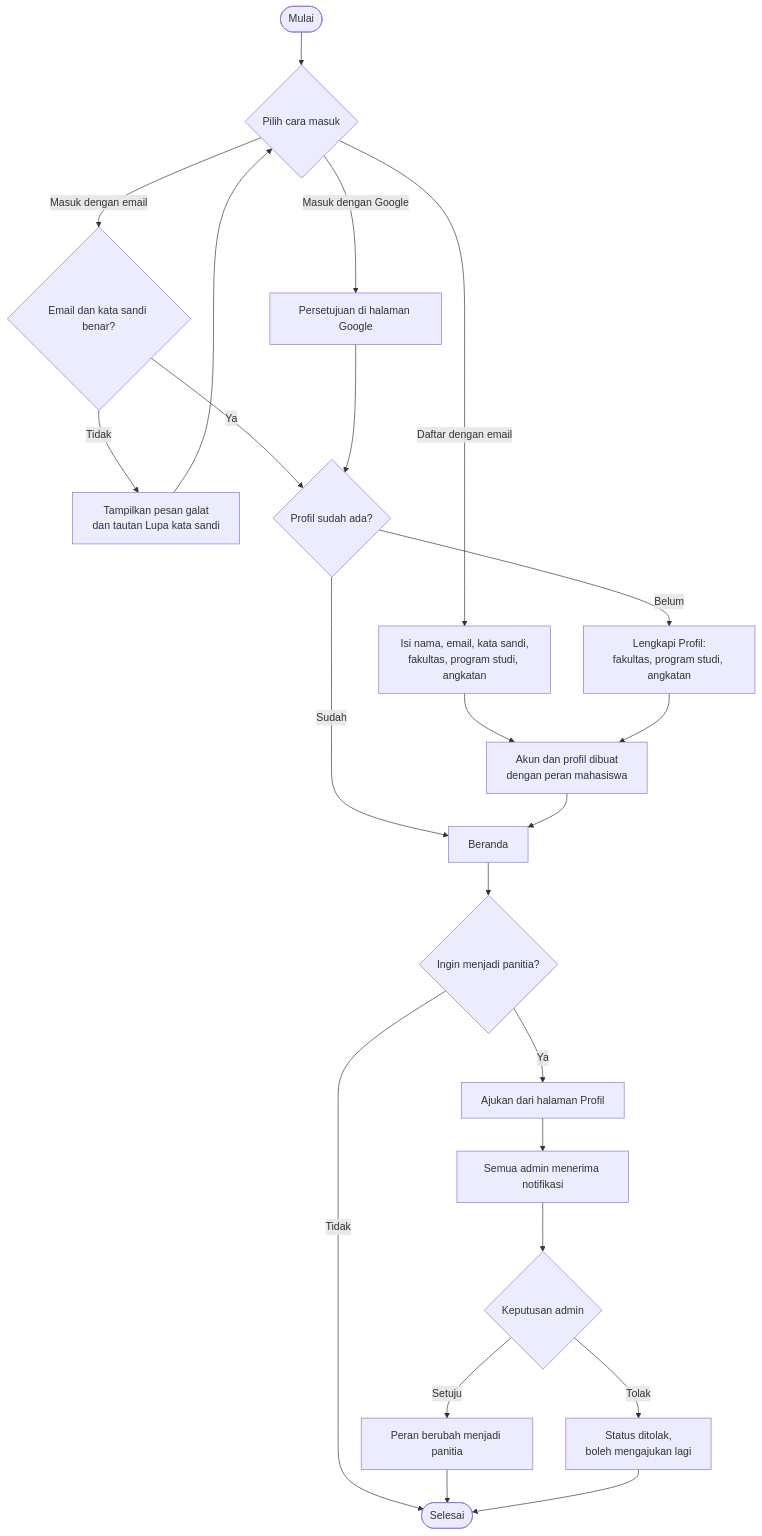
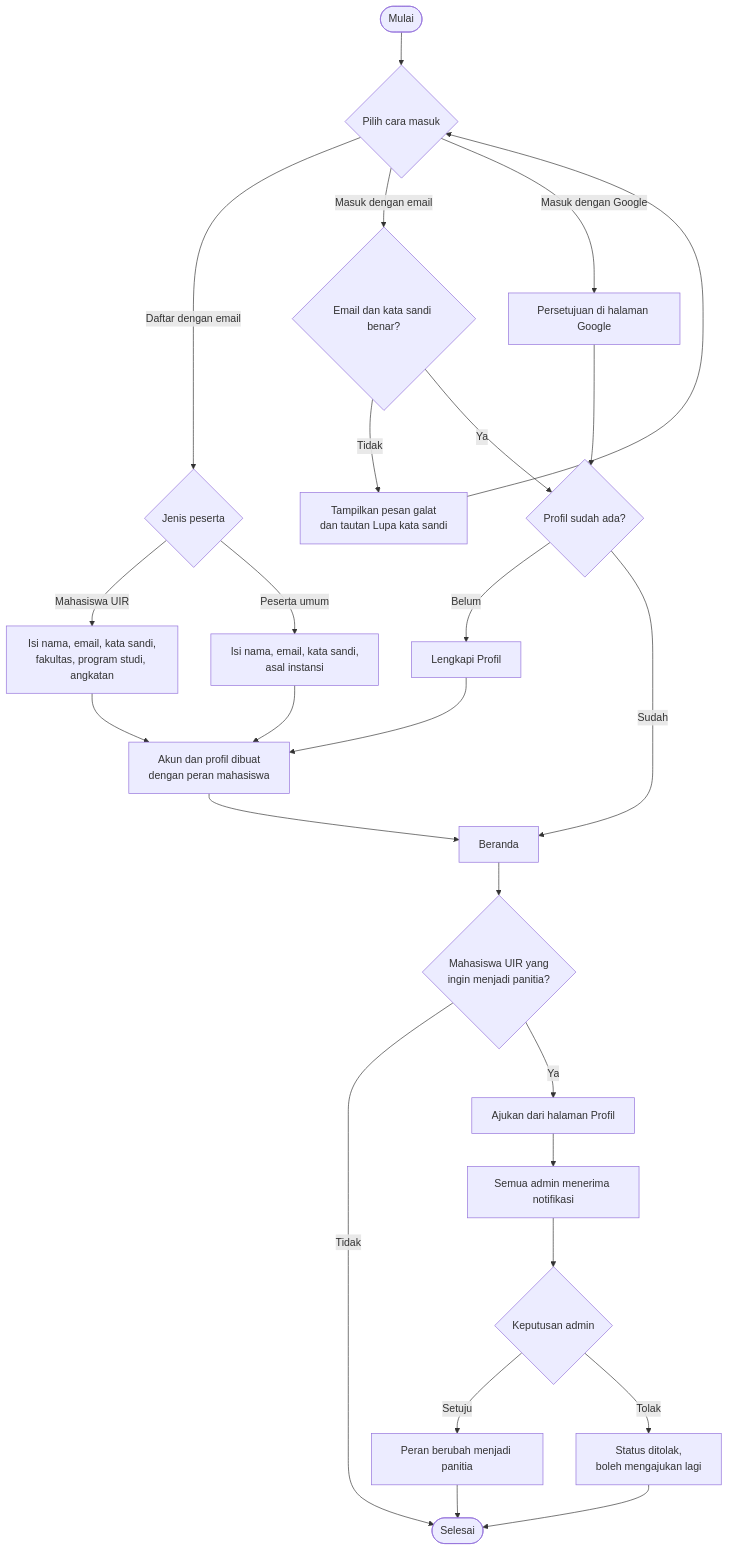
The fourth of 9 diagrams in docs/arsitektur.md (RifqiPermanaPutra/KampusHub), drawn with Mermaid before and after one commit. The commit also changed other lines of this file and 85 other files, not shown here.

````diff
--- a/docs/arsitektur.md
+++ b/docs/arsitektur.md
@@ -263,25 +353,28 @@
 ```mermaid
 flowchart TD
     A([Mulai]) --> B{"Pilih cara masuk"}
-    B -->|"Daftar dengan email"| C["Isi nama, email, kata sandi,<br/>fakultas, program studi, angkatan"]
-    C --> D["Akun dan profil dibuat<br/>dengan peran mahasiswa"]
+    B -->|"Daftar dengan email"| C{"Jenis peserta"}
+    C -->|"Mahasiswa UIR"| C1["Isi nama, email, kata sandi,<br/>fakultas, program studi, angkatan"]
+    C -->|"Peserta umum"| C2["Isi nama, email, kata sandi,<br/>asal instansi"]
+    C1 --> D["Akun dan profil dibuat<br/>dengan peran mahasiswa"]
+    C2 --> D
     B -->|"Masuk dengan email"| E{"Email dan kata sandi benar?"}
     E -->|"Tidak"| F["Tampilkan pesan galat<br/>dan tautan Lupa kata sandi"]
     F --> B
     E -->|"Ya"| G{"Profil sudah ada?"}
     B -->|"Masuk dengan Google"| H["Persetujuan di halaman Google"]
     H --> G
-    G -->|"Belum"| I["Lengkapi Profil:<br/>fakultas, program studi, angkatan"]
+    G -->|"Belum"| I["Lengkapi Profil"]
     I --> D
     G -->|"Sudah"| J["Beranda"]
     D --> J
-    J --> K{"Ingin menjadi panitia?"}
+    J --> K{"Mahasiswa UIR yang<br/>ingin menjadi panitia?"}
     K -->|"Tidak"| Z([Selesai])
     K -->|"Ya"| L["Ajukan dari halaman Profil"]
     L --> M["Semua admin menerima notifikasi"]
     M --> N{"Keputusan admin"}
     N -->|"Setuju"| O["Peran berubah menjadi panitia"]
     N -->|"Tolak"| P["Status ditolak,<br/>boleh mengajukan lagi"]
     O --> Z
     P --> Z
 ```
````
